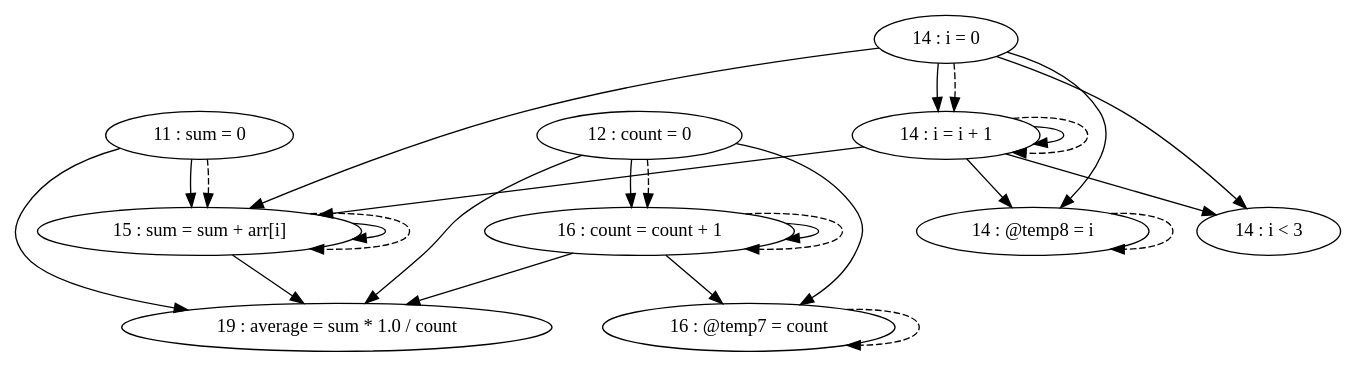
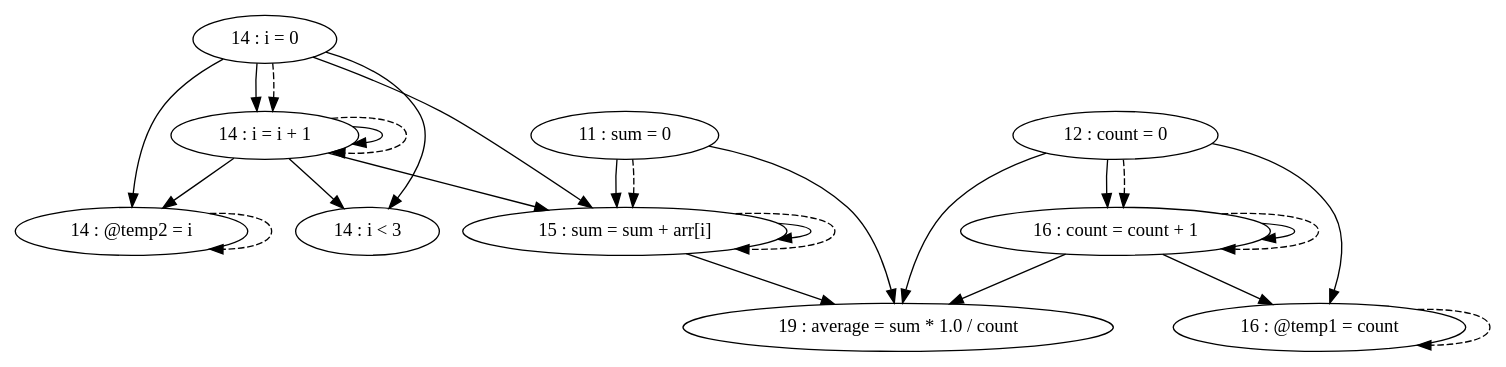
Before and after one commit to thomassimko/thesis-code-duplication: the diagram in pdg/source/testFiles/TestCases/TestCase3/TestCase3-test1.gv, drawn with Graphviz. The commit also changed 3297 other files, not shown here.

```diff
--- a/pdg/source/testFiles/TestCases/TestCase3/TestCase3-test1.gv
+++ b/pdg/source/testFiles/TestCases/TestCase3/TestCase3-test1.gv
@@ -1,38 +1,38 @@
 digraph G {
 "11 : sum = 0"
+"11 : sum = 0" -> "19 : average = sum * 1.0 / count"
 "11 : sum = 0" -> "15 : sum = sum + arr[i]"
-"11 : sum = 0" -> "19 : average = sum * 1.0 / count"
 "11 : sum = 0" -> "15 : sum = sum + arr[i]" [style=dashed]
 "12 : count = 0"
+"12 : count = 0" -> "19 : average = sum * 1.0 / count"
+"12 : count = 0" -> "16 : @temp1 = count"
 "12 : count = 0" -> "16 : count = count + 1"
-"12 : count = 0" -> "19 : average = sum * 1.0 / count"
-"12 : count = 0" -> "16 : @temp7 = count"
 "12 : count = 0" -> "16 : count = count + 1" [style=dashed]
 "14 : i = 0"
+"14 : i = 0" -> "14 : i < 3"
+"14 : i = 0" -> "14 : i = i + 1"
+"14 : i = 0" -> "14 : @temp2 = i"
 "14 : i = 0" -> "15 : sum = sum + arr[i]"
-"14 : i = 0" -> "14 : i = i + 1"
-"14 : i = 0" -> "14 : @temp8 = i"
-"14 : i = 0" -> "14 : i < 3"
 "14 : i = 0" -> "14 : i = i + 1" [style=dashed]
 "14 : i < 3"
 "15 : sum = sum + arr[i]"
+"15 : sum = sum + arr[i]" -> "19 : average = sum * 1.0 / count"
 "15 : sum = sum + arr[i]" -> "15 : sum = sum + arr[i]"
-"15 : sum = sum + arr[i]" -> "19 : average = sum * 1.0 / count"
 "15 : sum = sum + arr[i]" -> "15 : sum = sum + arr[i]" [style=dashed]
-"16 : @temp7 = count"
-"16 : @temp7 = count" -> "16 : @temp7 = count" [style=dashed]
+"16 : @temp1 = count"
+"16 : @temp1 = count" -> "16 : @temp1 = count" [style=dashed]
 "16 : count = count + 1"
+"16 : count = count + 1" -> "19 : average = sum * 1.0 / count"
+"16 : count = count + 1" -> "16 : @temp1 = count"
 "16 : count = count + 1" -> "16 : count = count + 1"
-"16 : count = count + 1" -> "19 : average = sum * 1.0 / count"
-"16 : count = count + 1" -> "16 : @temp7 = count"
 "16 : count = count + 1" -> "16 : count = count + 1" [style=dashed]
-"14 : @temp8 = i"
-"14 : @temp8 = i" -> "14 : @temp8 = i" [style=dashed]
+"14 : @temp2 = i"
+"14 : @temp2 = i" -> "14 : @temp2 = i" [style=dashed]
 "14 : i = i + 1"
+"14 : i = i + 1" -> "14 : i < 3"
+"14 : i = i + 1" -> "14 : i = i + 1"
+"14 : i = i + 1" -> "14 : @temp2 = i"
 "14 : i = i + 1" -> "15 : sum = sum + arr[i]"
-"14 : i = i + 1" -> "14 : i = i + 1"
-"14 : i = i + 1" -> "14 : @temp8 = i"
-"14 : i = i + 1" -> "14 : i < 3"
 "14 : i = i + 1" -> "14 : i = i + 1" [style=dashed]
 "19 : average = sum * 1.0 / count"
 }
```
